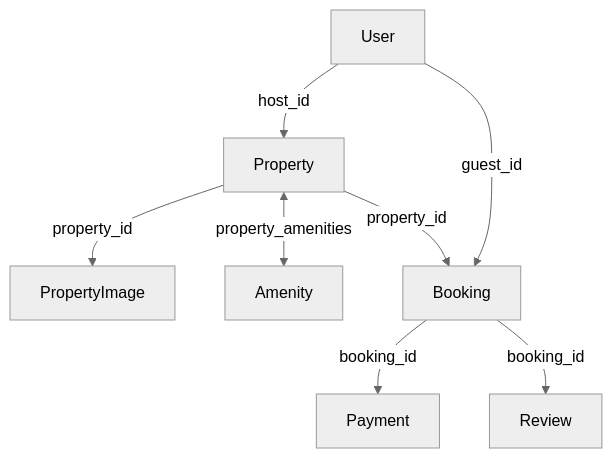
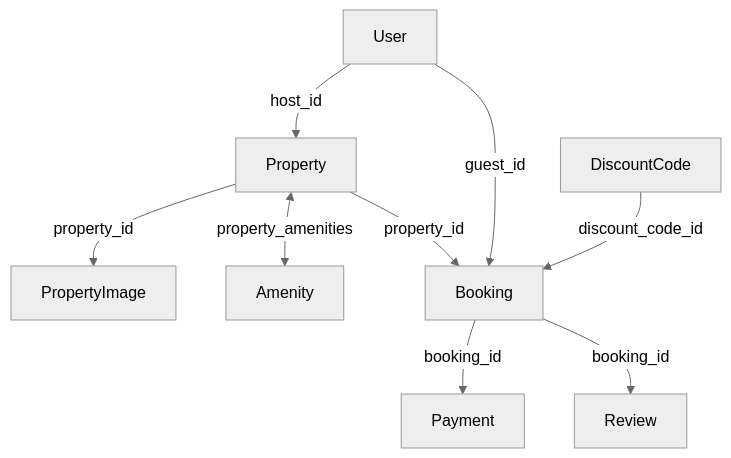
The eighth of 10 diagrams in docs/database/0_DatabaseDesignDemo.md (apase95/StayHub), drawn with Mermaid (neutral theme) before and after one commit. The commit also changed other lines of this file and 13 other files, not shown here.

````diff
--- a/docs/database/0_DatabaseDesignDemo.md
+++ b/docs/database/0_DatabaseDesignDemo.md
@@ -749,18 +864,20 @@
 ```mermaid
 flowchart TB
     U[User]
     P[Property]
     PI[PropertyImage]
     A[Amenity]
     B[Booking]
     PAY[Payment]
+    D[DiscountCode]
     R[Review]
 
     U -->|host_id| P
     P -->|property_id| PI
     P <-->|property_amenities| A
     P -->|property_id| B
     U -->|guest_id| B
+    D -->|discount_code_id| B
     B -->|booking_id| PAY
     B -->|booking_id| R
 ```
````
